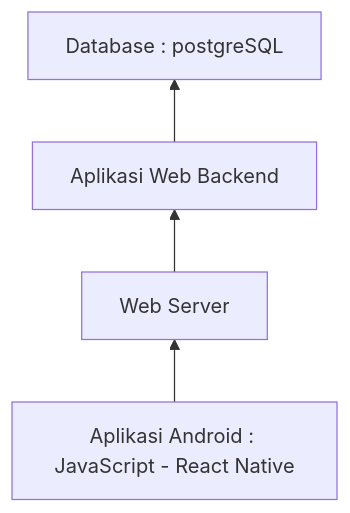
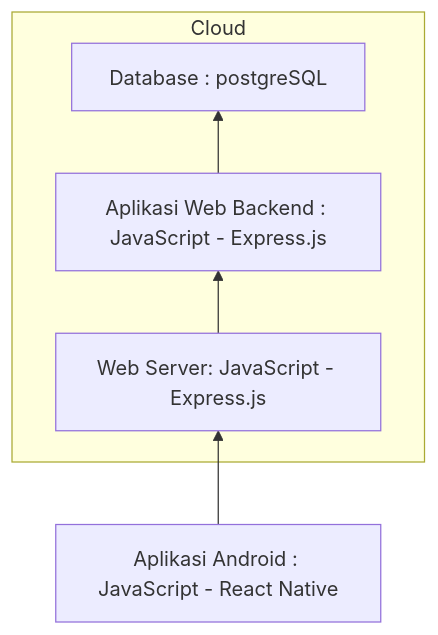
The second of 2 diagrams in uts-job-interview.md (fauzanashshidiq/pengenalaninformatika-jahitku), drawn with Mermaid before and after one commit.

````diff
--- a/uts-job-interview.md
+++ b/uts-job-interview.md
@@ -117,10 +117,12 @@
 ```mermaid
 flowchart BT
-    line4["Database : postgreSQL"]
-    line3["Aplikasi Web Backend"]    
-    line2["Web Server"]
+    subgraph "Cloud"
+    	line4["Database : postgreSQL"]
+    	line3["Aplikasi Web Backend : JavaScript - Express.js"]    
+    	line2["Web Server: JavaScript - Express.js"]
+    end
     line1["Aplikasi Android : JavaScript - React Native"]
     line1 --> line2
     line2 --> line3
     line3 --> line4
 ```
````
